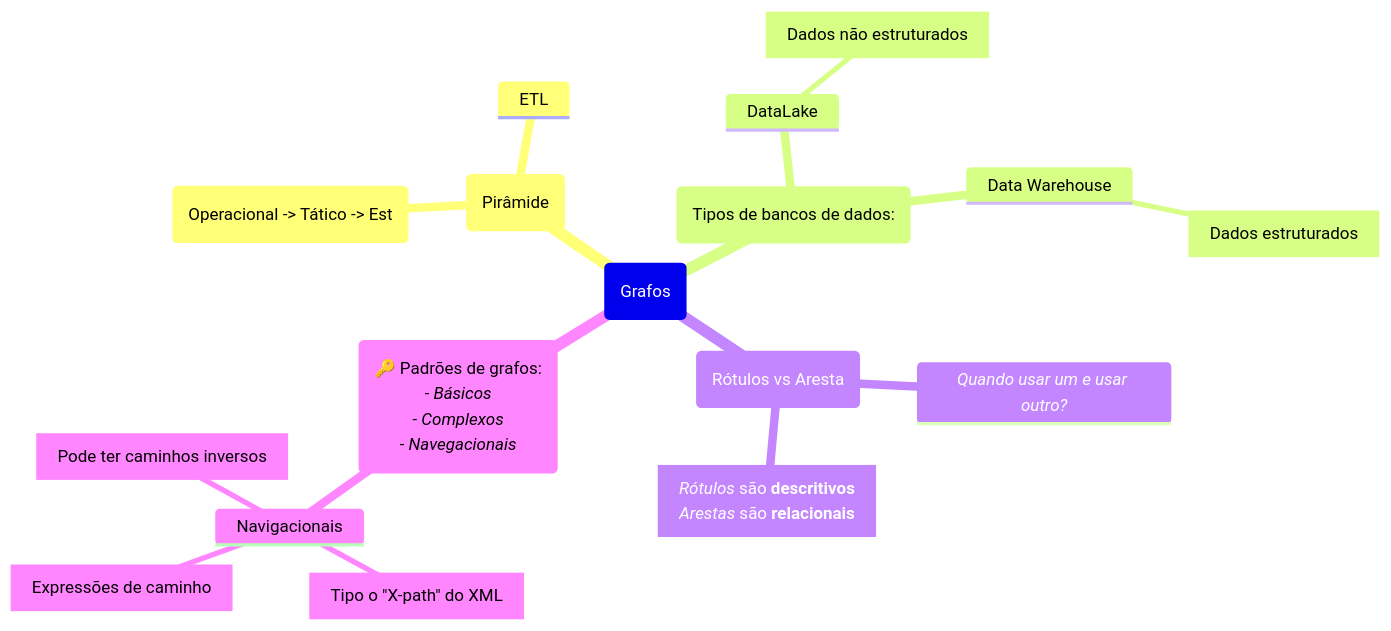
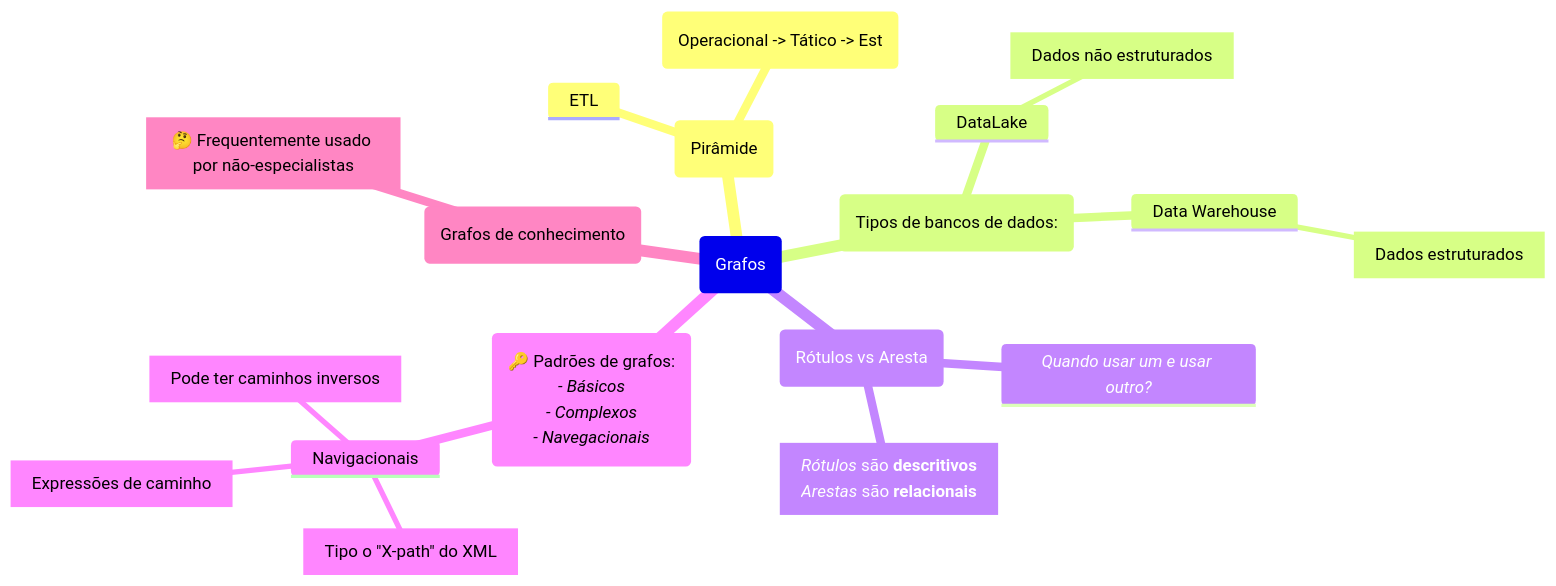
Before and after one commit to Igorino/joplin-notes: the first of 2 diagrams in Mestrado/Segundo Semestre/SIN5033 - Grafos de conhecimento e Ontologias/Anotações/De Aulas/Aula do dia 2026 04 08.md, drawn with Mermaid. The commit also changed other lines of this file, not shown here.

````diff
--- a/Mestrado/Segundo Semestre/SIN5033 - Grafos de conhecimento e Ontologias/Anotações/De Aulas/Aula do dia 2026 04 08.md
+++ b/Mestrado/Segundo Semestre/SIN5033 - Grafos de conhecimento e Ontologias/Anotações/De Aulas/Aula do dia 2026 04 08.md
@@ -1,32 +1,34 @@
 ```mermaid
 mindmap
 	Root(Grafos)
 		(Pirâmide)
 			("Operacional -> Tático -> Est")
 			ETL
 
 		(Tipos de bancos de dados:)		
 			DataLake
 				[Dados não estruturados]
 			Data Warehouse
 				[Dados estruturados]
 
 		(Rótulos vs Aresta)
 			*Quando usar um e usar outro?*
 			[*Rótulos* são **descritivos**
 			*Arestas* são **relacionais**]
 
 		(🔑 Padrões de grafos:
 		*- Básicos*
 		*- Complexos*
 		*- Navegacionais*)
 			
 			Navigacionais
 				[Tipo o "X-path" do XML]
 				["Expressões de caminho"]
 				[Pode ter caminhos inversos]
 
+		(Grafos de conhecimento)
+			[🤔 Frequentemente usado por não-especialistas]
 		
 
 			
 ```
````
